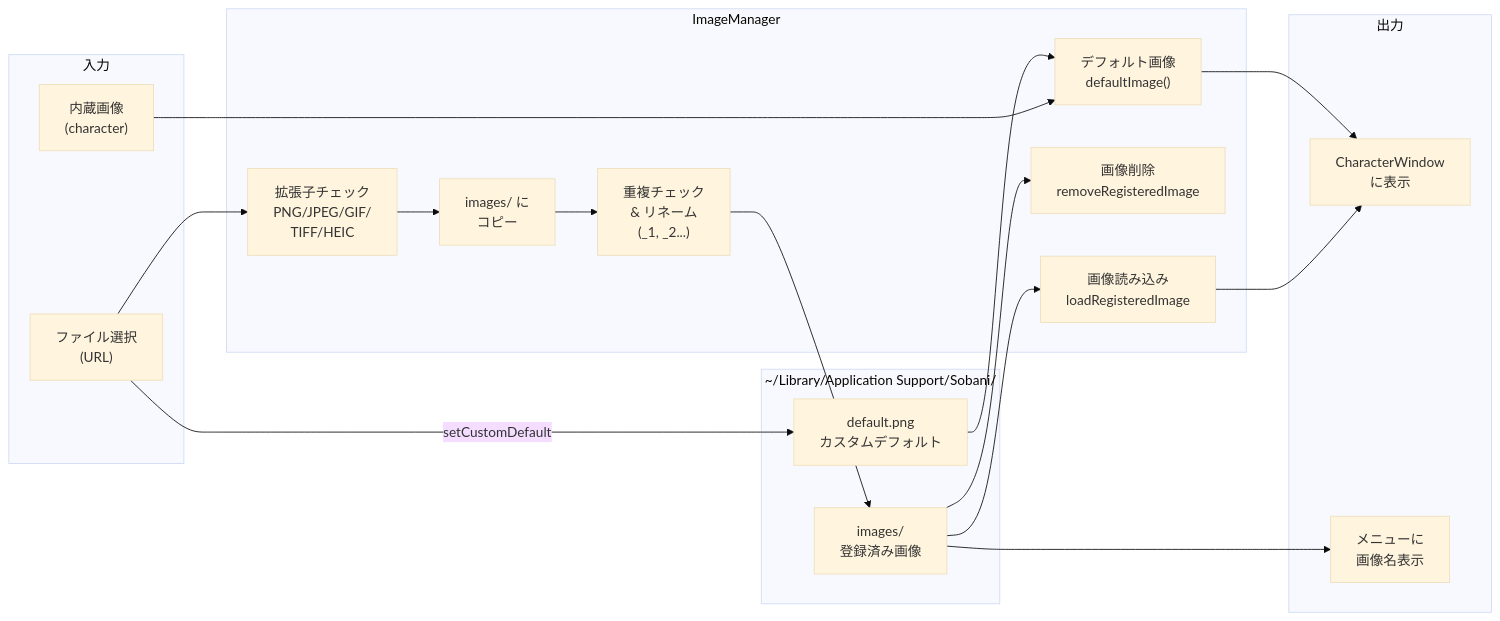
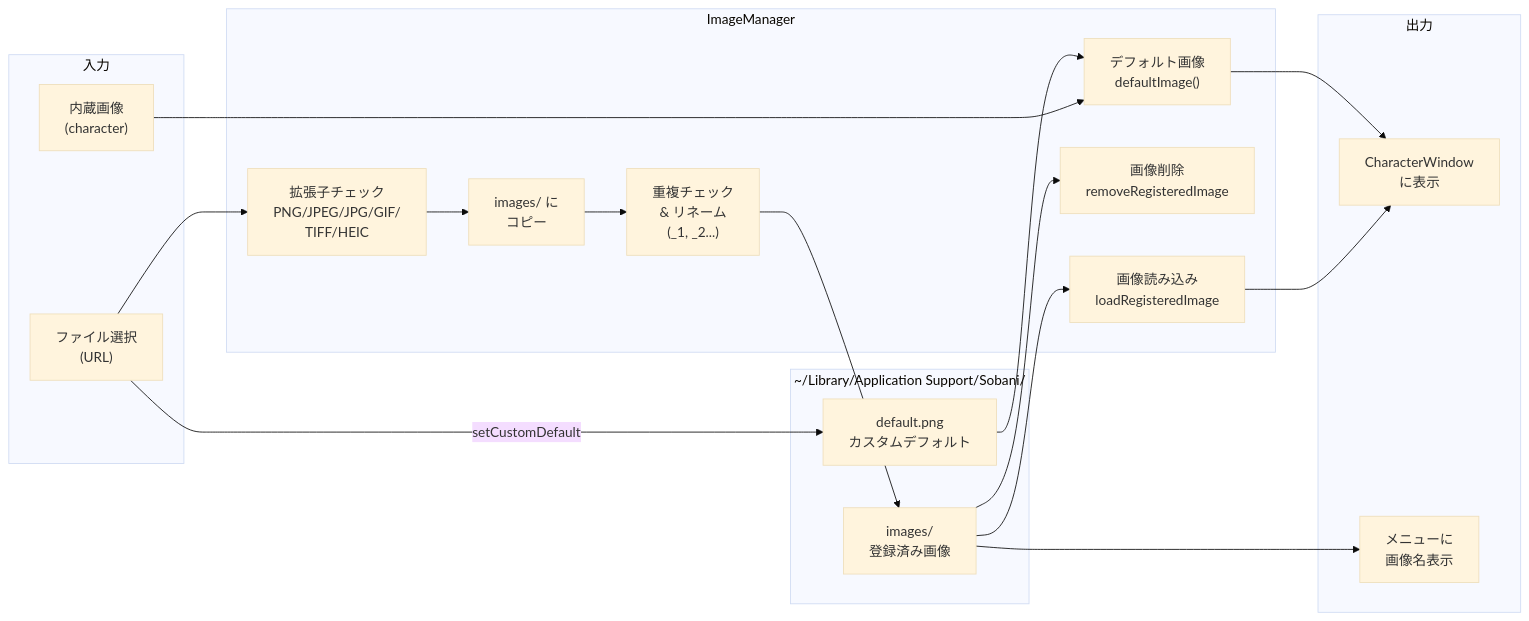
The second of 2 diagrams in docs/guide/data-flow.md (shiroemons/sobani), drawn with Mermaid (base theme) before and after one commit. The commit also changed other lines of this file and 3 other files, not shown here.

````diff
--- a/docs/guide/data-flow.md
+++ b/docs/guide/data-flow.md
@@ -103,34 +103,34 @@
 ```mermaid
 flowchart LR
     subgraph 入力
         URL["ファイル選択\n(URL)"]
         BI["内蔵画像\n(character)"]
     end
 
     subgraph ImageManager
-        EC["拡張子チェック\nPNG/JPEG/GIF/\nTIFF/HEIC"]
+        EC["拡張子チェック\nPNG/JPEG/JPG/GIF/\nTIFF/HEIC"]
         CP["images/ に\nコピー"]
         RN["重複チェック\n& リネーム\n(_1, _2...)"]
         LD["画像読み込み\nloadRegisteredImage"]
         DEL["画像削除\nremoveRegisteredImage"]
         DF["デフォルト画像\ndefaultImage()"]
     end
 
     subgraph 保存先["~/Library/Application Support/Sobani/"]
         IMG["images/\n登録済み画像"]
         DFLT["default.png\nカスタムデフォルト"]
     end
 
     subgraph 出力
         WIN["CharacterWindow\nに表示"]
         MENU["メニューに\n画像名表示"]
     end
 
     URL --> EC --> CP --> RN --> IMG
     IMG --> LD --> WIN
     IMG --> MENU
     IMG --> DEL
     BI --> DF --> WIN
     DFLT --> DF
     URL -->|setCustomDefault| DFLT
 ```
````
